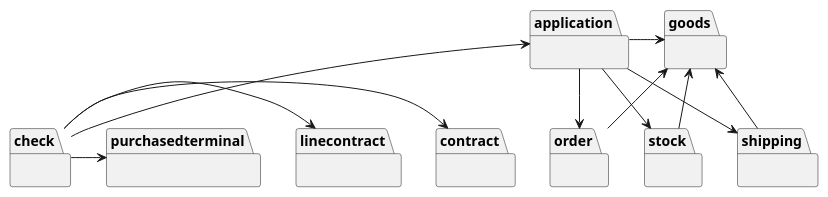
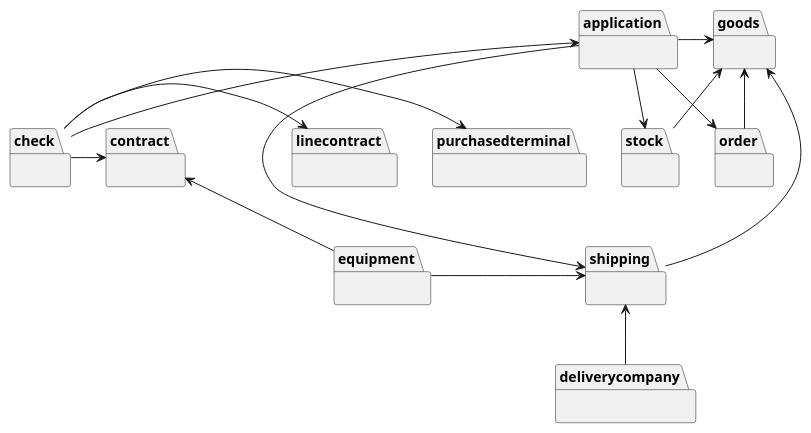
Before and after one commit to muractice/pra-model-terminal: the diagram in document/terminal_application_package.puml, drawn with PlantUML. The commit also changed 33 other files, not shown here.

```diff
--- a/document/terminal_application_package.puml
+++ b/document/terminal_application_package.puml
@@ -1,25 +1,31 @@
 @startuml
 package application{}
 package order{}
 package stock{}
 package shipping{}
 package goods{}
 package contract{}
 package linecontract{}
 package purchasedterminal{}
 package check{}
+package equipment{}
+package deliverycompany{}
 
 application -> order
 application -> stock
 application -> shipping
 application -> goods
 check -u-> application
 check -r-> contract
 check -r-> linecontract
 check -r-> purchasedterminal
+shipping <-- deliverycompany
+shipping <-l- equipment
+contract <-- equipment
 
+order -[hidden]r-> shipping
 order -u-> goods
 shipping -u-> goods
 stock -u-> goods
 
 @enduml
```
